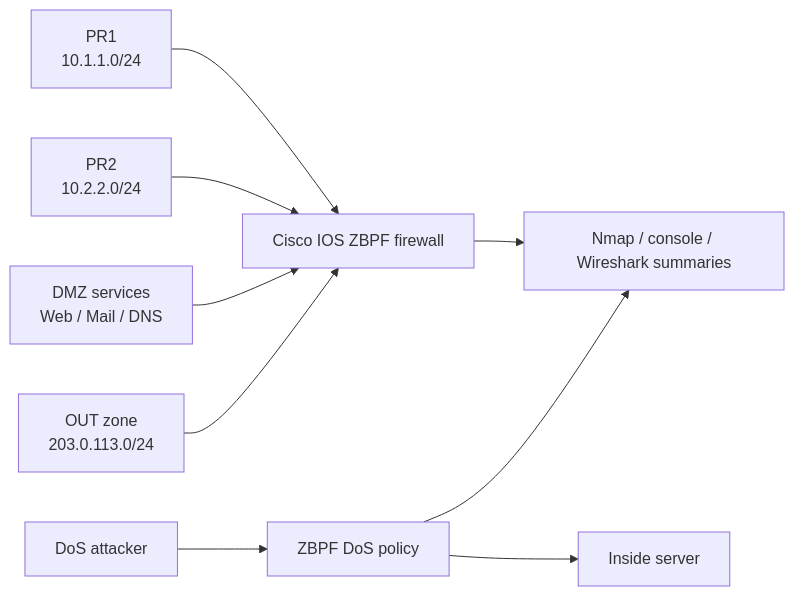
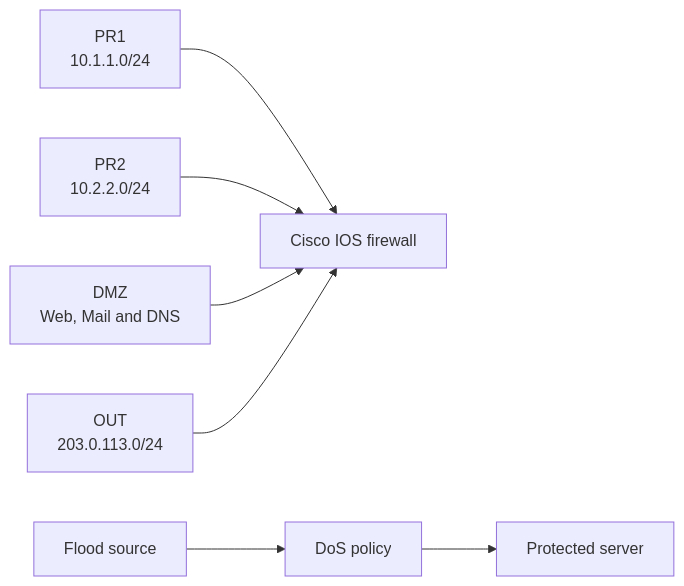
Before and after one commit to jorgeflmendes/cisco-zbpf-firewall-dos-lab: the diagram in README.md, drawn with Mermaid. The commit also changed other lines of this file and 8 other files, not shown here.

````diff
--- a/README.md
+++ b/README.md
@@ -33,10 +19,8 @@
 ```mermaid
 flowchart LR
-PR1["PR1\n10.1.1.0/24"] --> FW["Cisco IOS ZBPF firewall"]
+PR1["PR1\n10.1.1.0/24"] --> FW["Cisco IOS firewall"]
 PR2["PR2\n10.2.2.0/24"] --> FW
-DMZ["DMZ services\nWeb / Mail / DNS"] --> FW
-OUT["OUT zone\n203.0.113.0/24"] --> FW
-ATTACKER["DoS attacker"] --> DOSFW["ZBPF DoS policy"] --> SERVER["Inside server"]
-FW --> EVIDENCE["Nmap / console / Wireshark summaries"]
-DOSFW --> EVIDENCE
+DMZ["DMZ\nWeb, Mail and DNS"] --> FW
+OUT["OUT\n203.0.113.0/24"] --> FW
+ATTACKER["Flood source"] --> DOSFW["DoS policy"] --> SERVER["Protected server"]
 ```
````
